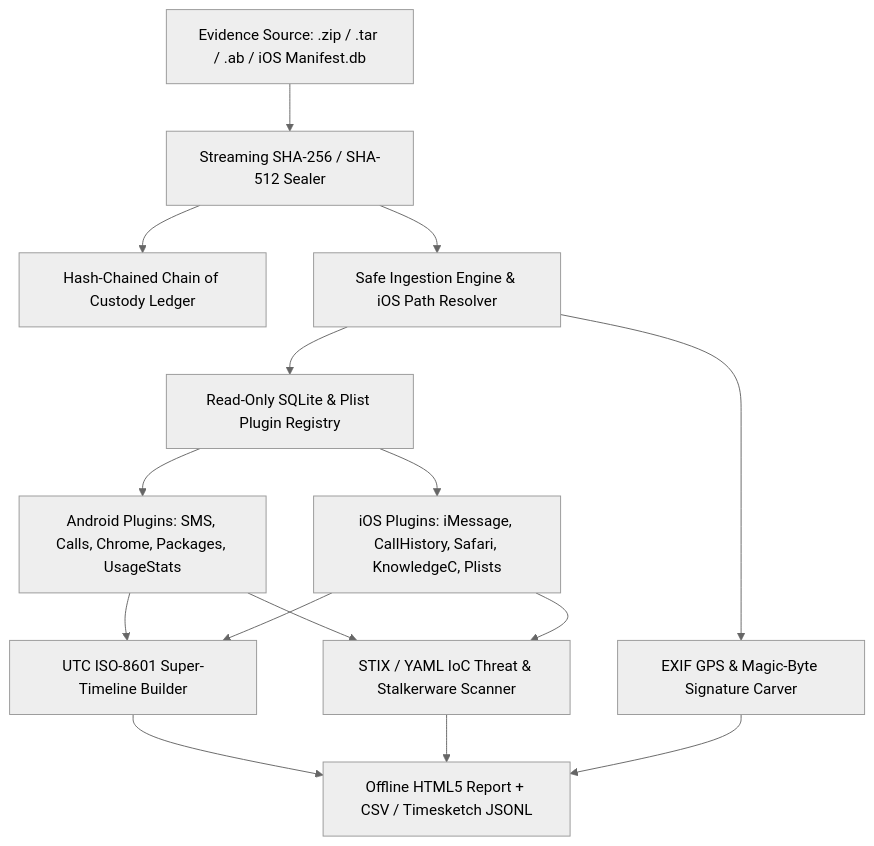
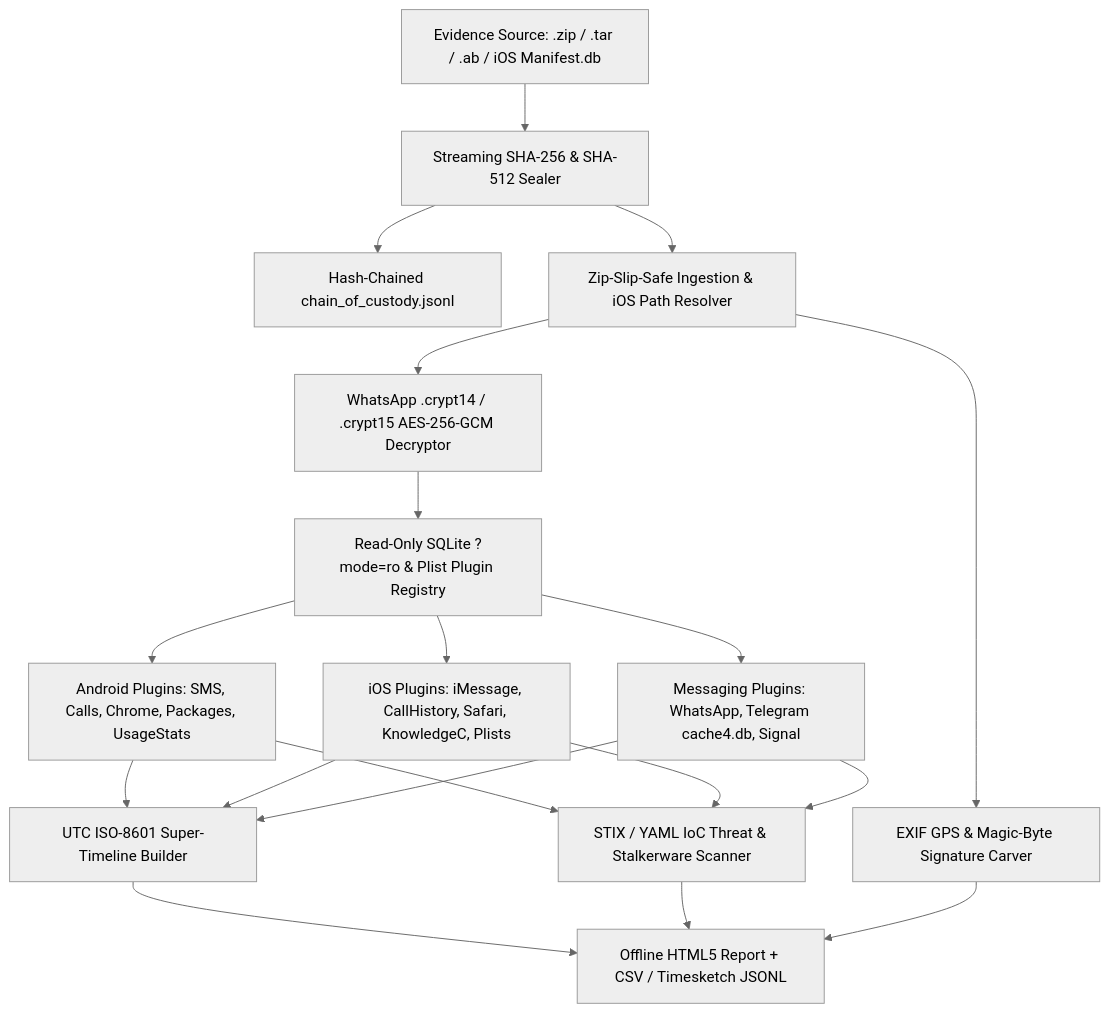
Before and after one commit to MrKhan025/OmniForensix-Mobile: the diagram in README.md, drawn with Mermaid (neutral theme). The commit also changed other lines of this file and 4 other files, not shown here.

````diff
--- a/README.md
+++ b/README.md
@@ -11,17 +35,21 @@
 ```mermaid
 graph TD
-    A[Evidence Source: .zip / .tar / .ab / iOS Manifest.db] --> B[Streaming SHA-256 / SHA-512 Sealer]
-    B --> C[Hash-Chained Chain of Custody Ledger]
-    B --> D[Safe Ingestion Engine & iOS Path Resolver]
-    D --> E[Read-Only SQLite & Plist Plugin Registry]
-    E --> F[Android Plugins: SMS, Calls, Chrome, Packages, UsageStats]
-    E --> G[iOS Plugins: iMessage, CallHistory, Safari, KnowledgeC, Plists]
-    F --> H[UTC ISO-8601 Super-Timeline Builder]
-    G --> H
-    F --> I[STIX / YAML IoC Threat & Stalkerware Scanner]
-    G --> I
-    D --> J[EXIF GPS & Magic-Byte Signature Carver]
-    H --> K[Offline HTML5 Report + CSV / Timesketch JSONL]
+    A[Evidence Source: .zip / .tar / .ab / iOS Manifest.db] --> B[Streaming SHA-256 & SHA-512 Sealer]
+    B --> C[Hash-Chained chain_of_custody.jsonl]
+    B --> D[Zip-Slip-Safe Ingestion & iOS Path Resolver]
+    D --> E[WhatsApp .crypt14 / .crypt15 AES-256-GCM Decryptor]
+    E --> F[Read-Only SQLite ?mode=ro & Plist Plugin Registry]
+    F --> G[Android Plugins: SMS, Calls, Chrome, Packages, UsageStats]
+    F --> H[iOS Plugins: iMessage, CallHistory, Safari, KnowledgeC, Plists]
+    F --> I[Messaging Plugins: WhatsApp, Telegram cache4.db, Signal]
+    G --> J[UTC ISO-8601 Super-Timeline Builder]
+    H --> J
+    I --> J
+    G --> K[STIX / YAML IoC Threat & Stalkerware Scanner]
+    H --> K
     I --> K
-    J --> K
+    D --> L[EXIF GPS & Magic-Byte Signature Carver]
+    J --> M[Offline HTML5 Report + CSV / Timesketch JSONL]
+    K --> M
+    L --> M
 ```
````
